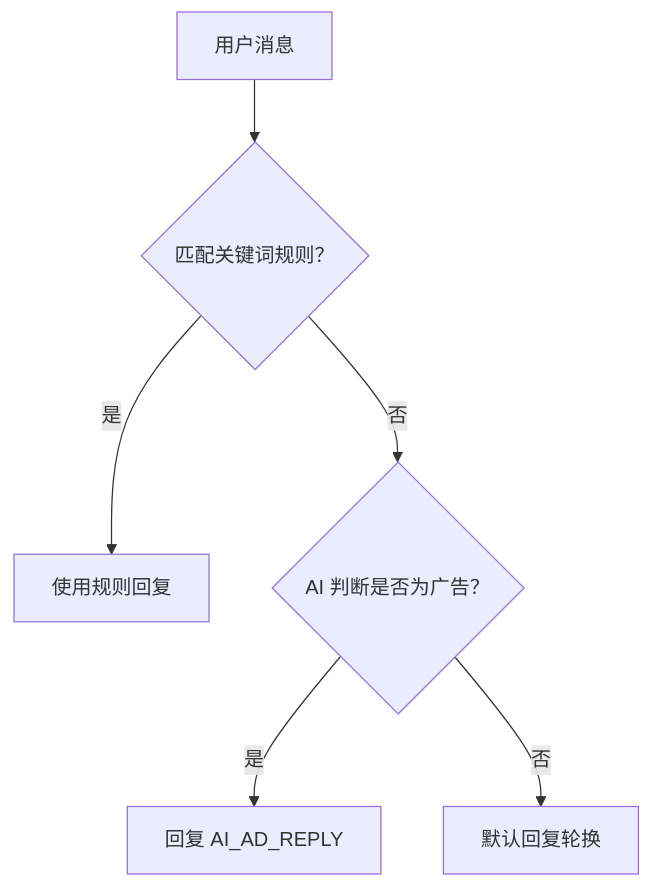
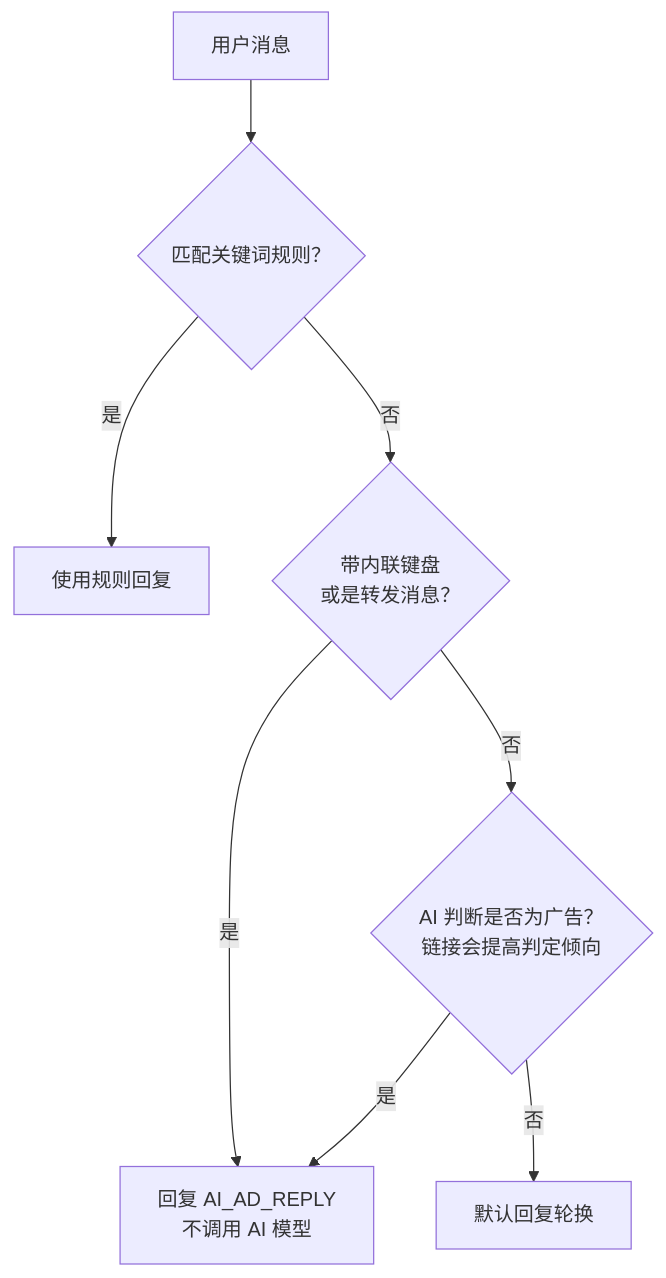
Before and after one commit to xiaomuahua666/TelegramDirectmessageManager: the second of 2 diagrams in README.md, drawn with Mermaid. The commit also changed other lines of this file, not shown here.

````diff
--- a/README.md
+++ b/README.md
@@ -308,8 +316,10 @@
 ```mermaid
 graph TD
     A[用户消息] --> B{匹配关键词规则？}
     B -- 是 --> C[使用规则回复]
-    B -- 否 --> D{AI 判断是否为广告？}
-    D -- 是 --> E[回复 AI_AD_REPLY]
-    D -- 否 --> F[默认回复轮换]
+    B -- 否 --> D{带内联键盘<br/>或是转发消息？}
+    D -- 是 --> E[回复 AI_AD_REPLY<br/>不调用 AI 模型]
+    D -- 否 --> F{AI 判断是否为广告？<br/>链接会提高判定倾向}
+    F -- 是 --> E
+    F -- 否 --> G[默认回复轮换]
 ```
````
